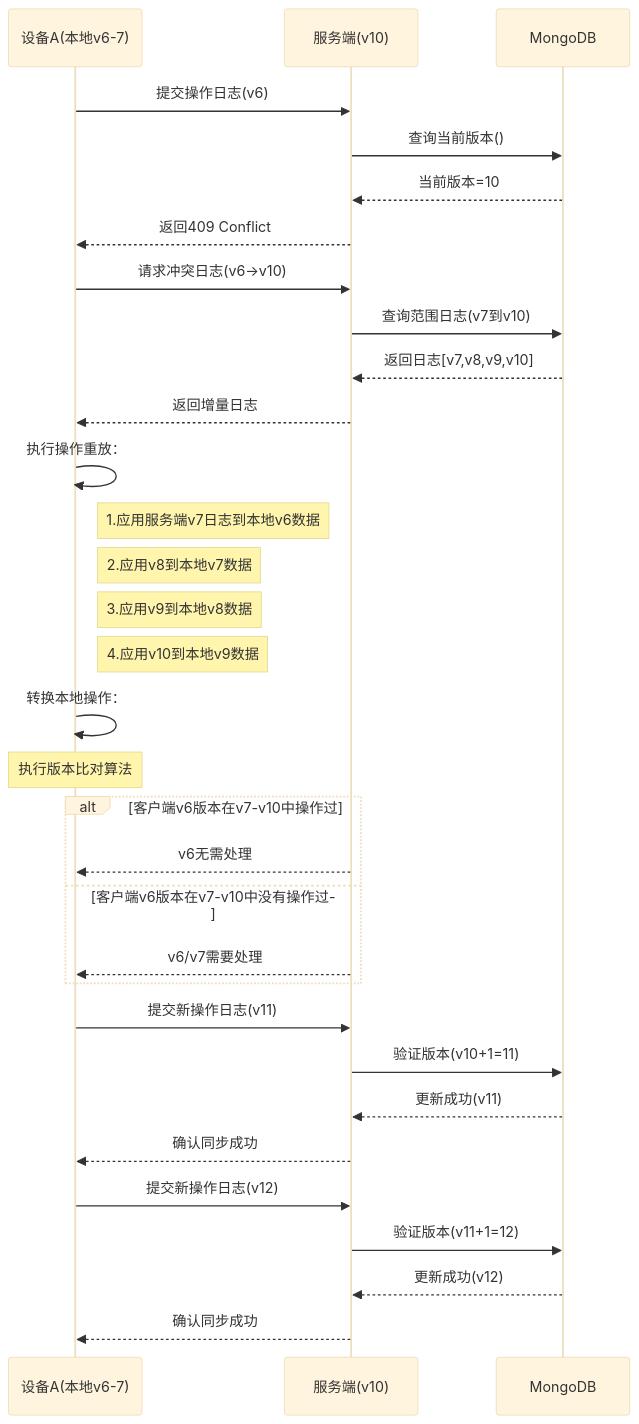
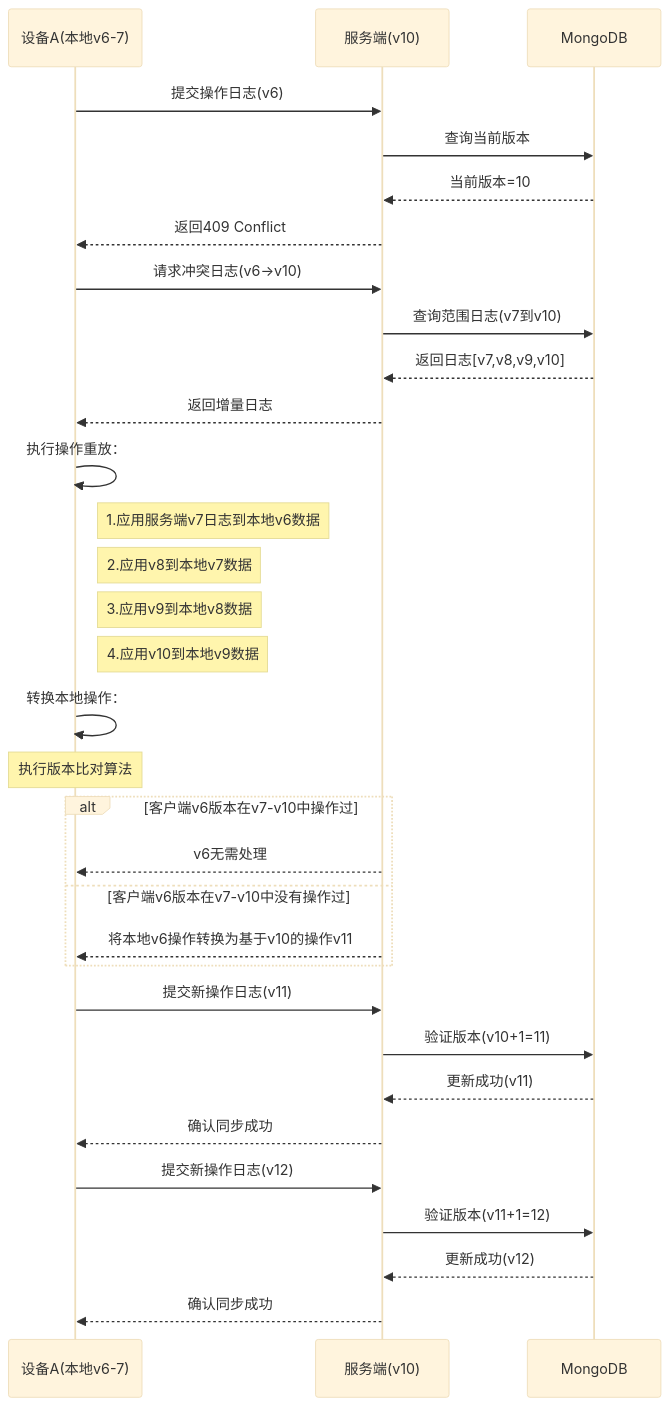
The diagram in all/未命名-26.md (yingjianzh/iodraw-files), drawn with Mermaid (base theme) before and after one commit.

Commit message:
2025-02-26 16:56:23 update

````diff
--- a/all/未命名-26.md
+++ b/all/未命名-26.md
@@ -1,46 +1,46 @@
 ```mermaid
 sequenceDiagram
     participant A as 设备A(本地v6-7)
     participant S as 服务端(v10)
     participant DB as MongoDB
 
     %% 初始同步尝试
     A->>S: 提交操作日志(v6)
-    S->>DB: 查询当前版本()
+    S->>DB: 查询当前版本
     DB-->>S: 当前版本=10
     S-->>A: 返回409 Conflict
 
     %% 冲突解决阶段
     A->>S: 请求冲突日志(v6→v10)
     S->>DB: 查询范围日志(v7到v10)
     DB-->>S: 返回日志[v7,v8,v9,v10]
     S-->>A: 返回增量日志
 
 
     %% 本地数据重建
     A->>A: 执行操作重放：
     note right of A: 1.应用服务端v7日志到本地v6数据
     note right of A: 2.应用v8到本地v7数据
     note right of A: 3.应用v9到本地v8数据
     note right of A: 4.应用v10到本地v9数据
 
     %% 本地操作转换
     A->>A: 转换本地操作：
     Note over A: 执行版本比对算法
     alt 客户端v6版本在v7-v10中操作过
         S-->>A: v6无需处理
     else 客户端v6版本在v7-v10中没有操作过
-        S-->>A: v6/v7需要处理
+        S-->>A: 将本地v6操作转换为基于v10的操作v11
     end
 
     %% 重新提交
     A->>S: 提交新操作日志(v11)
     S->>DB: 验证版本(v10+1=11)
     DB-->>S: 更新成功(v11)
     S-->>A: 确认同步成功
 
     A->>S: 提交新操作日志(v12)
     S->>DB: 验证版本(v11+1=12)
     DB-->>S: 更新成功(v12)
     S-->>A: 确认同步成功
 ```
````
